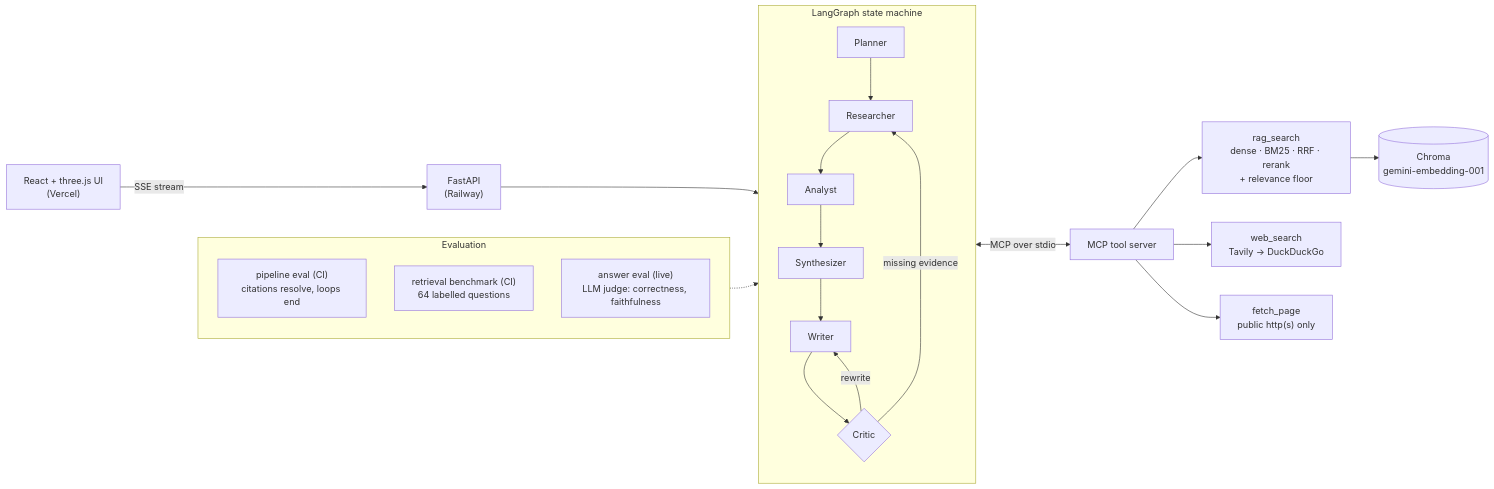
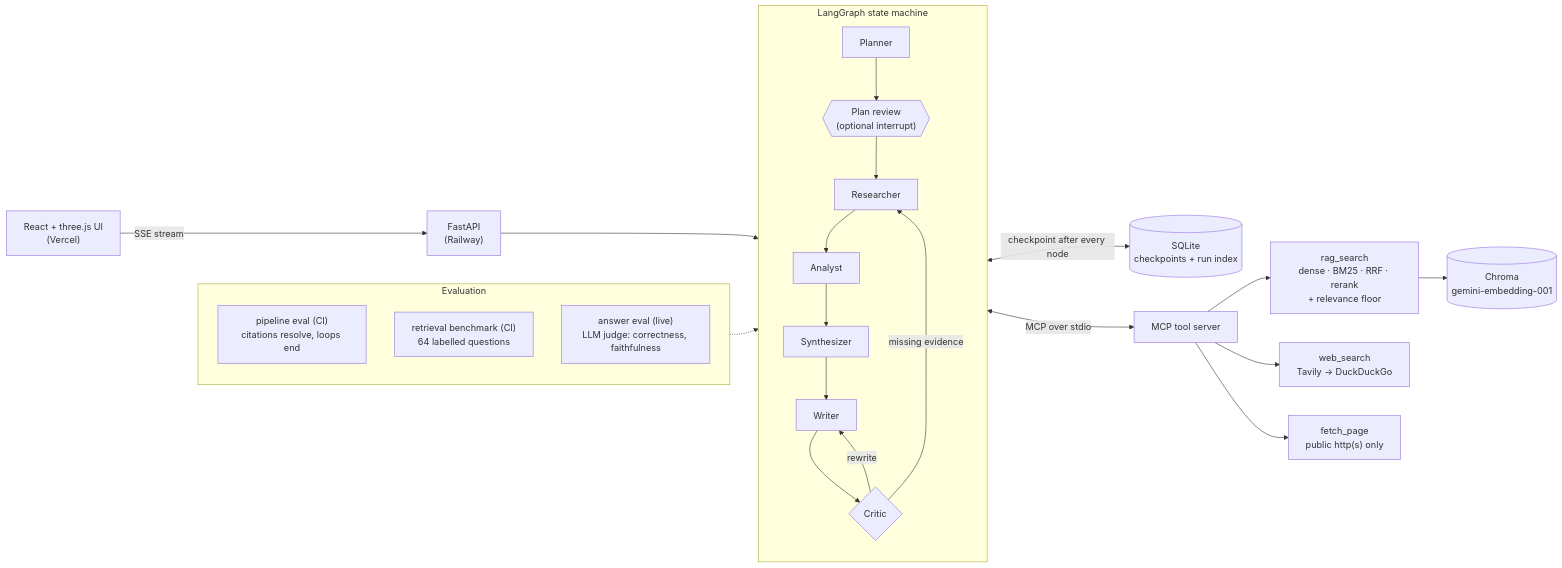
Before and after one commit to rahuldabola/agentdesk: the diagram in README.md, drawn with Mermaid. The commit also changed other lines of this file and 21 other files, not shown here.

First line of the commit message:
Durable runs: checkpointing, human-in-the-loop plan review, resume and cancel (#20)

````diff
--- a/README.md
+++ b/README.md
@@ -68,26 +69,28 @@
 ```mermaid
 flowchart LR
     UI["React + three.js UI<br/>(Vercel)"] -- "SSE stream" --> API["FastAPI<br/>(Railway)"]
     API --> G
 
     subgraph G["LangGraph state machine"]
         direction TB
-        P[Planner] --> R[Researcher] --> A[Analyst] --> S[Synthesizer] --> W[Writer] --> C{Critic}
+        P[Planner] --> H{{"Plan review<br/>(optional interrupt)"}} --> R[Researcher] --> A[Analyst] --> S[Synthesizer] --> W[Writer] --> C{Critic}
         C -- "rewrite" --> W
         C -- "missing evidence" --> R
     end
+
+    G <-- "checkpoint after every node" --> CK[("SQLite<br/>checkpoints + run index")]
 
     R <-- "MCP over stdio" --> T["MCP tool server"]
     T --> RAG["rag_search<br/>dense · BM25 · RRF · rerank<br/>+ relevance floor"]
     T --> WEB["web_search<br/>Tavily → DuckDuckGo"]
     T --> FETCH["fetch_page<br/>public http(s) only"]
     RAG --> DB[("Chroma<br/>gemini-embedding-001")]
 
     subgraph EVAL["Evaluation"]
         direction TB
         E1["pipeline eval (CI)<br/>citations resolve, loops end"]
         E2["retrieval benchmark (CI)<br/>64 labelled questions"]
         E3["answer eval (live)<br/>LLM judge: correctness, faithfulness"]
     end
     EVAL -.-> G
 ```
````
